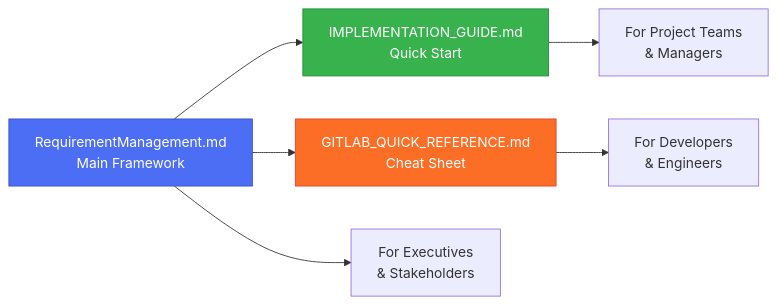
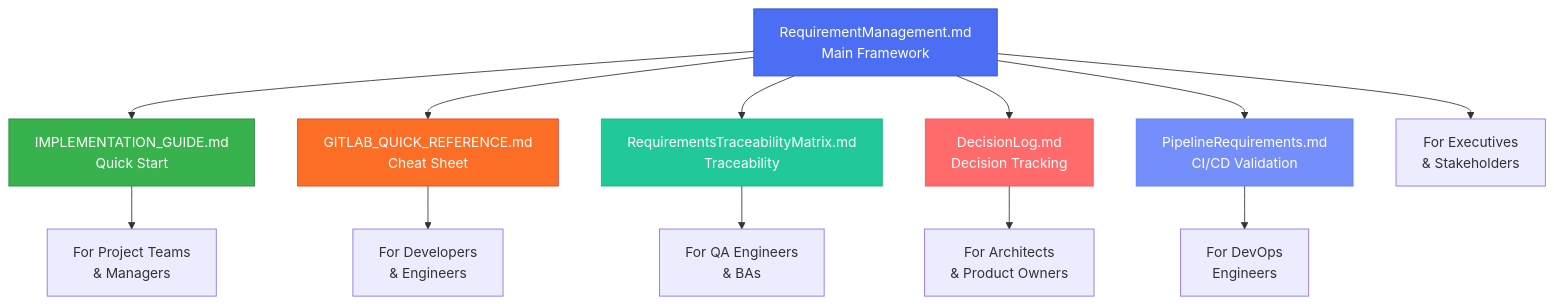
Before and after one commit to gitpavleenbali/DevOps-PPT-People-Processes-and-Tools: diagram 39 of 39 in Requirement Management/RequirementManagement.md, drawn with Mermaid. The commit also changed other lines of this file and 4 other files, not shown here.

````diff
--- a/Requirement Management/RequirementManagement.md
+++ b/Requirement Management/RequirementManagement.md
@@ -1571,13 +1574,22 @@
 ```mermaid
-graph LR
+graph TB
     MAIN[RequirementManagement.md<br/>Main Framework] --> IMPL[IMPLEMENTATION_GUIDE.md<br/>Quick Start]
     MAIN --> QUICK[GITLAB_QUICK_REFERENCE.md<br/>Cheat Sheet]
+    MAIN --> RTM[RequirementsTraceabilityMatrix.md<br/>Traceability]
+    MAIN --> DL[DecisionLog.md<br/>Decision Tracking]
+    MAIN --> PR[PipelineRequirements.md<br/>CI/CD Validation]
     
     IMPL --> TEAM[For Project Teams<br/>& Managers]
     QUICK --> DEV[For Developers<br/>& Engineers]
     MAIN --> EXEC[For Executives<br/>& Stakeholders]
+    RTM --> QA[For QA Engineers<br/>& BAs]
+    DL --> ARCH[For Architects<br/>& Product Owners]
+    PR --> DEVOPS[For DevOps<br/>Engineers]
     
     style MAIN fill:#4c6ef5,stroke:#364fc7,color:#fff
     style IMPL fill:#37b24d,stroke:#2b8a3e,color:#fff
     style QUICK fill:#fc6d26,stroke:#e24329,color:#fff
+    style RTM fill:#20c997,stroke:#12b886,color:#fff
+    style DL fill:#ff6b6b,stroke:#fa5252,color:#fff
+    style PR fill:#748ffc,stroke:#5c7cfa,color:#fff
 ```
````
